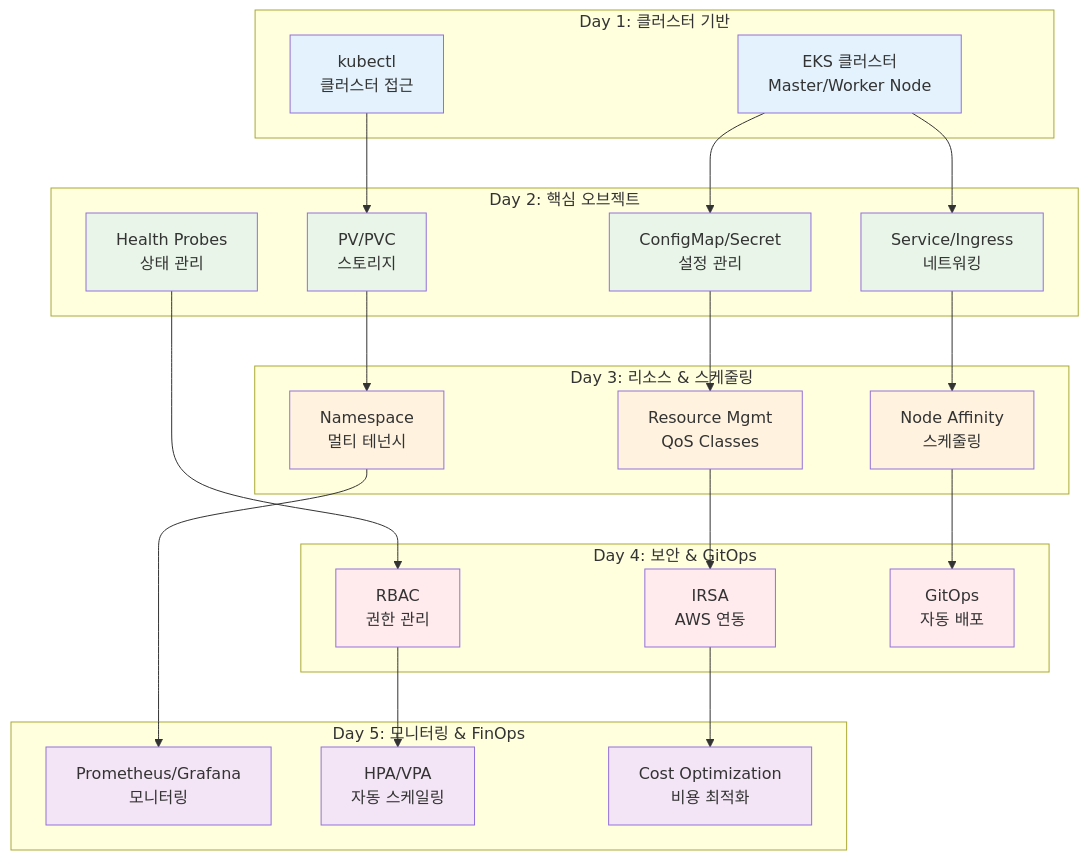
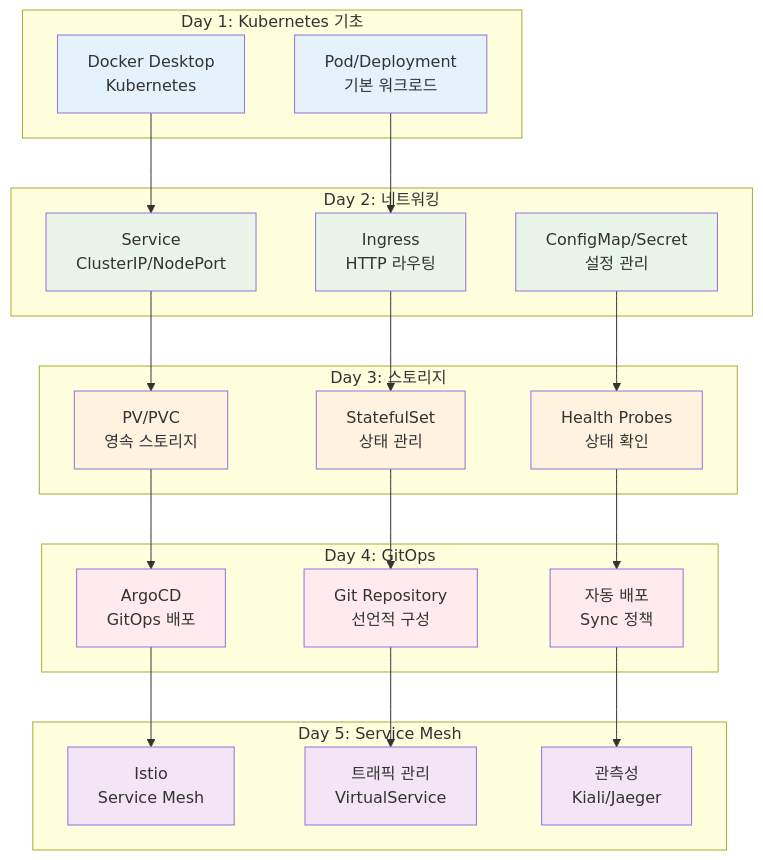
One commit to niceguy61/kdt_devops_lecture_2025 changed the diagram in theory/week_03/README.md. Above: the diagram before and after it, drawn with Mermaid. The commit also changed other lines of this file and 5 other files, not shown here.

````diff
--- a/theory/week_03/README.md
+++ b/theory/week_03/README.md
@@ -135,61 +136,58 @@
 ```mermaid
 graph TB
-    subgraph "Day 1: 클러스터 기반"
-        A[EKS 클러스터<br/>Master/Worker Node]
-        B[kubectl<br/>클러스터 접근]
+    subgraph "Day 1: Kubernetes 기초"
+        A[Docker Desktop<br/>Kubernetes]
+        B[Pod/Deployment<br/>기본 워크로드]
     end
     
-    subgraph "Day 2: 핵심 오브젝트"
-        C[ConfigMap/Secret<br/>설정 관리]
-        D[Service/Ingress<br/>네트워킹]
-        E[PV/PVC<br/>스토리지]
-        F[Health Probes<br/>상태 관리]
+    subgraph "Day 2: 네트워킹"
+        C[Service<br/>ClusterIP/NodePort]
+        D[Ingress<br/>HTTP 라우팅]
+        E[ConfigMap/Secret<br/>설정 관리]
     end
     
-    subgraph "Day 3: 리소스 & 스케줄링"
-        G[Resource Mgmt<br/>QoS Classes]
-        H[Node Affinity<br/>스케줄링]
-        I[Namespace<br/>멀티 테넌시]
+    subgraph "Day 3: 스토리지"
+        F[PV/PVC<br/>영속 스토리지]
+        G[StatefulSet<br/>상태 관리]
+        H[Health Probes<br/>상태 확인]
     end
     
-    subgraph "Day 4: 보안 & GitOps"
-        J[RBAC<br/>권한 관리]
-        K[IRSA<br/>AWS 연동]
-        L[GitOps<br/>자동 배포]
+    subgraph "Day 4: GitOps"
+        I[ArgoCD<br/>GitOps 배포]
+        J[Git Repository<br/>선언적 구성]
+        K[자동 배포<br/>Sync 정책]
     end
     
-    subgraph "Day 5: 모니터링 & FinOps"
-        M[Prometheus/Grafana<br/>모니터링]
-        N[HPA/VPA<br/>자동 스케일링]
-        O[Cost Optimization<br/>비용 최적화]
+    subgraph "Day 5: Service Mesh"
+        L[Istio<br/>Service Mesh]
+        M[트래픽 관리<br/>VirtualService]
+        N[관측성<br/>Kiali/Jaeger]
     end
     
     A --> C
-    A --> D
-    B --> E
-    C --> G
-    D --> H
-    E --> I
-    F --> J
-    G --> K
-    H --> L
-    I --> M
-    J --> N
-    K --> O
+    B --> D
+    C --> F
+    D --> G
+    E --> H
+    F --> I
+    G --> J
+    H --> K
+    I --> L
+    J --> M
+    K --> N
     
     style A fill:#e3f2fd
     style B fill:#e3f2fd
     style C fill:#e8f5e8
     style D fill:#e8f5e8
     style E fill:#e8f5e8
-    style F fill:#e8f5e8
+    style F fill:#fff3e0
     style G fill:#fff3e0
     style H fill:#fff3e0
-    style I fill:#fff3e0
+    style I fill:#ffebee
     style J fill:#ffebee
     style K fill:#ffebee
-    style L fill:#ffebee
+    style L fill:#f3e5f5
     style M fill:#f3e5f5
     style N fill:#f3e5f5
-    style O fill:#f3e5f5
 ```
````
